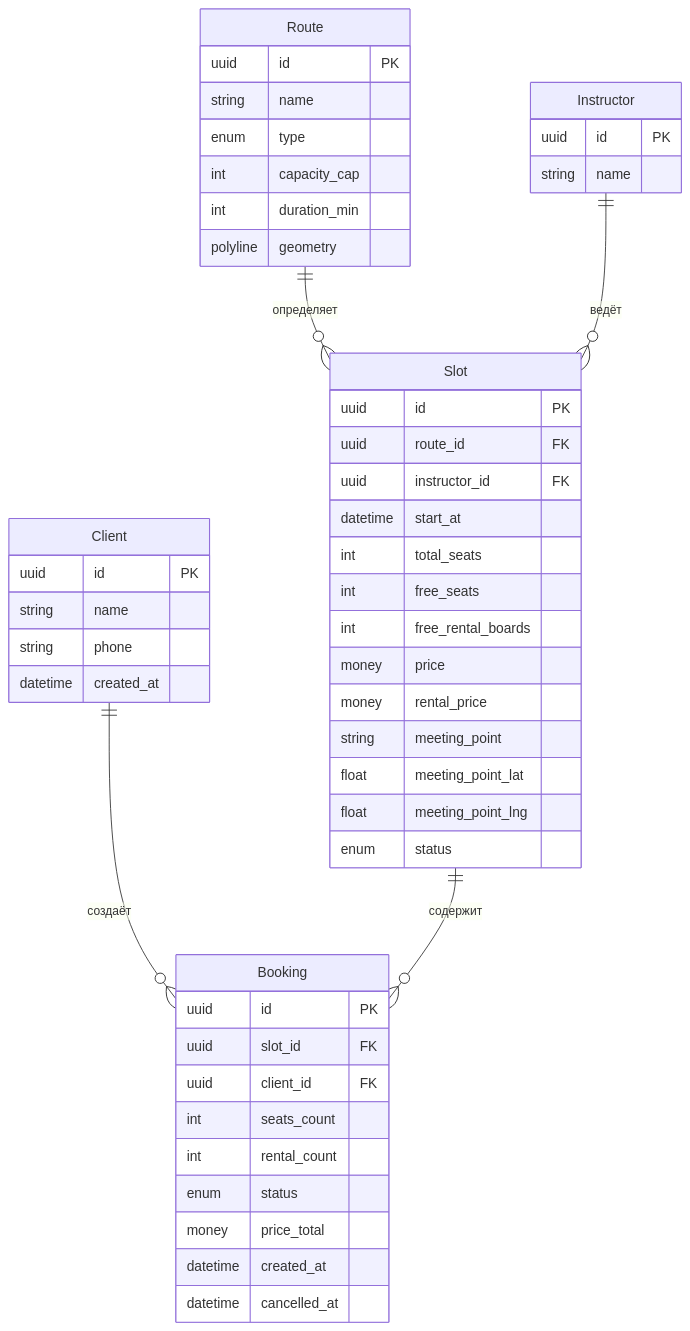
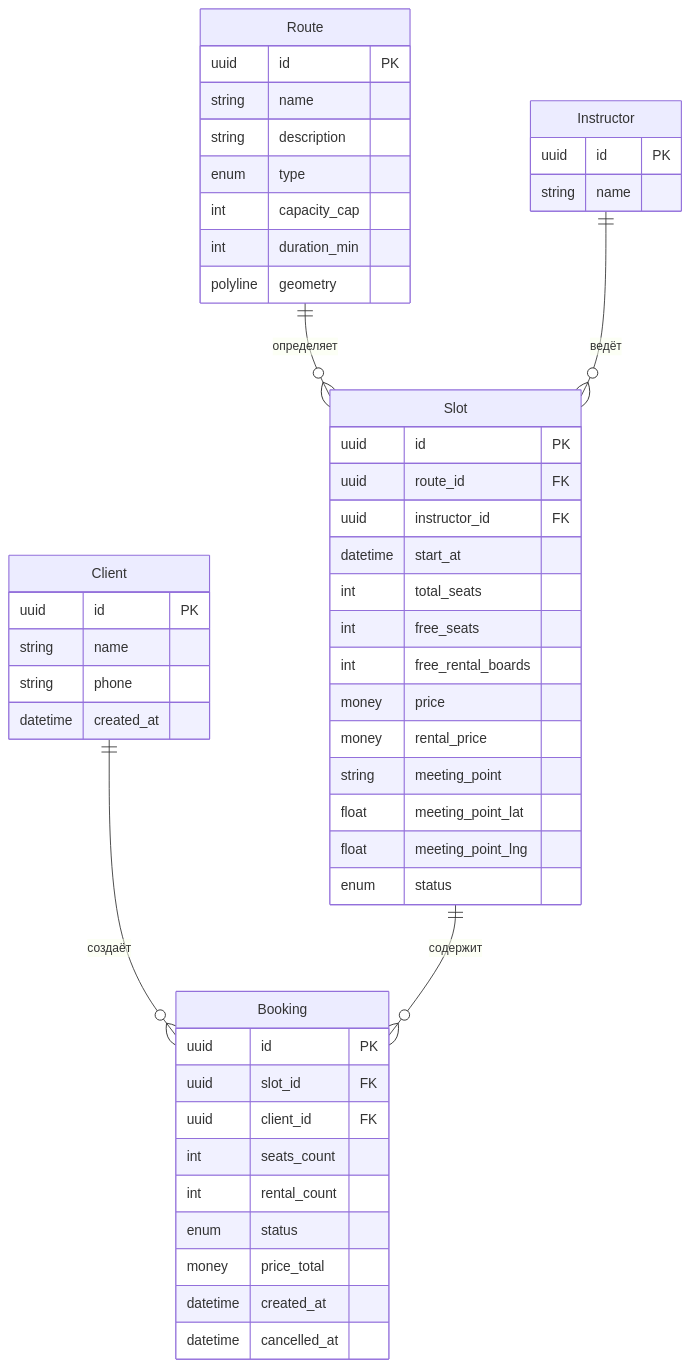
Before and after one commit to Dariadds/summer_school: the first of 3 diagrams in 01-analysis/4-design/data-model.md, drawn with Mermaid. The commit also changed other lines of this file and 20 other files, not shown here.

````diff
--- a/01-analysis/4-design/data-model.md
+++ b/01-analysis/4-design/data-model.md
@@ -119,52 +120,53 @@
 ```mermaid
 erDiagram
     Client ||--o{ Booking : "создаёт"
     Slot   ||--o{ Booking : "содержит"
     Route  ||--o{ Slot    : "определяет"
     Instructor ||--o{ Slot : "ведёт"
 
     Client {
         uuid id PK
         string name
         string phone
         datetime created_at
     }
     Route {
         uuid id PK
         string name
+        string description
         enum type
         int capacity_cap
         int duration_min
         polyline geometry
     }
     Instructor {
         uuid id PK
         string name
     }
     Slot {
         uuid id PK
         uuid route_id FK
         uuid instructor_id FK
         datetime start_at
         int total_seats
         int free_seats
         int free_rental_boards
         money price
         money rental_price
         string meeting_point
         float meeting_point_lat
         float meeting_point_lng
         enum status
     }
     Booking {
         uuid id PK
         uuid slot_id FK
         uuid client_id FK
         int seats_count
         int rental_count
         enum status
         money price_total
         datetime created_at
         datetime cancelled_at
     }
 ```
````
